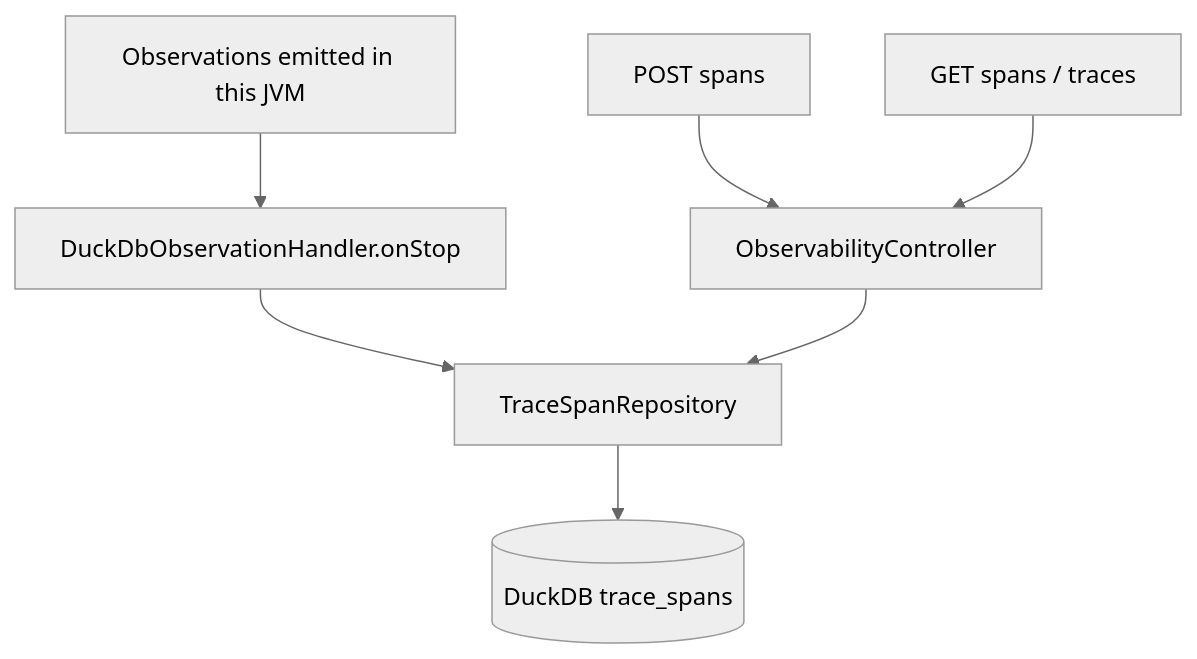
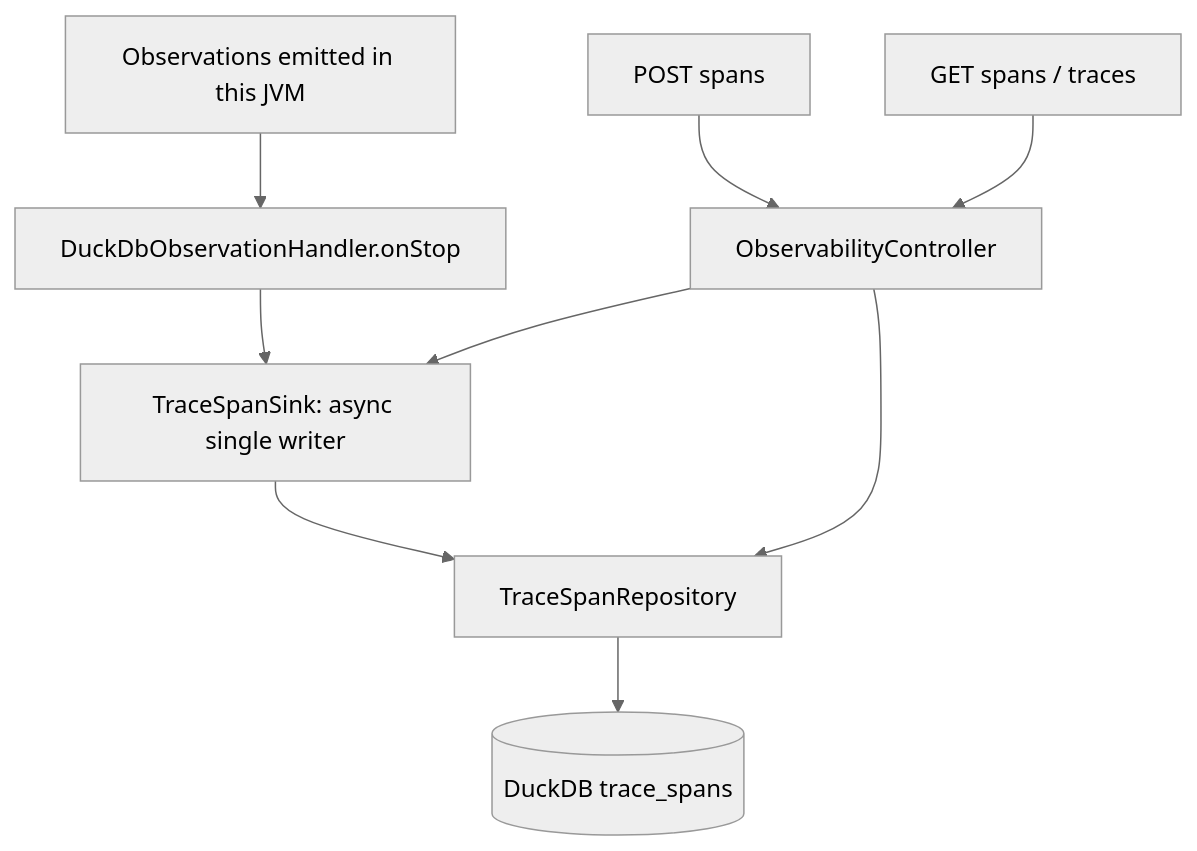
Before and after one commit to prasadgaikwad/spring-ai-apps: the first of 2 diagrams in ai-observability/README.md, drawn with Mermaid (neutral theme). The commit also changed other lines of this file and 32 other files, not shown here.

````diff
--- a/ai-observability/README.md
+++ b/ai-observability/README.md
@@ -36,9 +36,11 @@
 ```mermaid
 flowchart TB
     Local[Observations emitted in this JVM] --> H[DuckDbObservationHandler.onStop]
     Post[POST spans] --> C[ObservabilityController]
-    H --> R[TraceSpanRepository]
-    C --> R
+    H --> S[TraceSpanSink: async single writer]
+    C --> S
+    S --> R[TraceSpanRepository]
     R --> DB[(DuckDB trace_spans)]
     Get[GET spans / traces] --> C
+    C --> R
 ```
````
